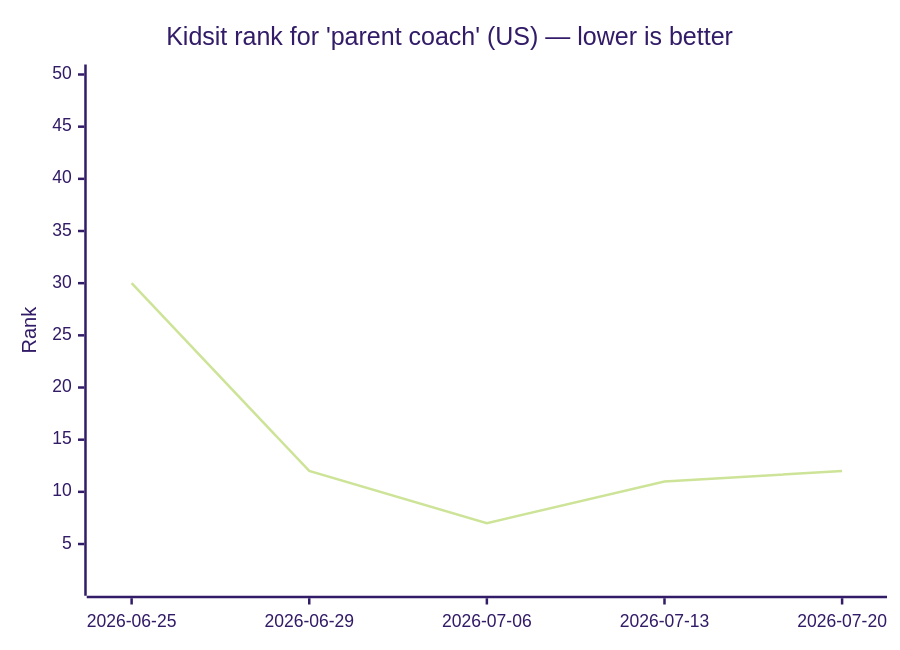
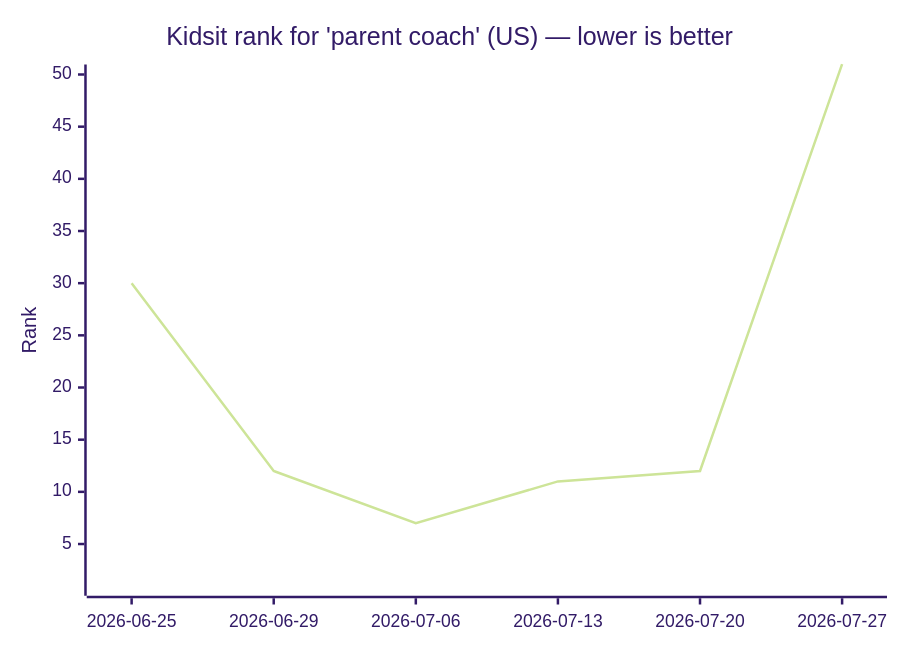
One commit to omer72/aso-tool changed the diagram in scout-log.md. Above: the diagram before and after it, drawn with Mermaid (forest theme). The commit also changed other lines of this file, not shown here.

````diff
--- a/scout-log.md
+++ b/scout-log.md
@@ -8,7 +8,7 @@
 ```mermaid
 xychart-beta
     title "Kidsit rank for 'parent coach' (US) — lower is better"
-    x-axis ["2026-06-25", "2026-06-29", "2026-07-06", "2026-07-13", "2026-07-20"]
+    x-axis ["2026-06-25", "2026-06-29", "2026-07-06", "2026-07-13", "2026-07-20", "2026-07-27"]
     y-axis "Rank" 1 --> 50
-    line [30, 12, 7, 11, 12]
+    line [30, 12, 7, 11, 12, 51]
 ```
````
